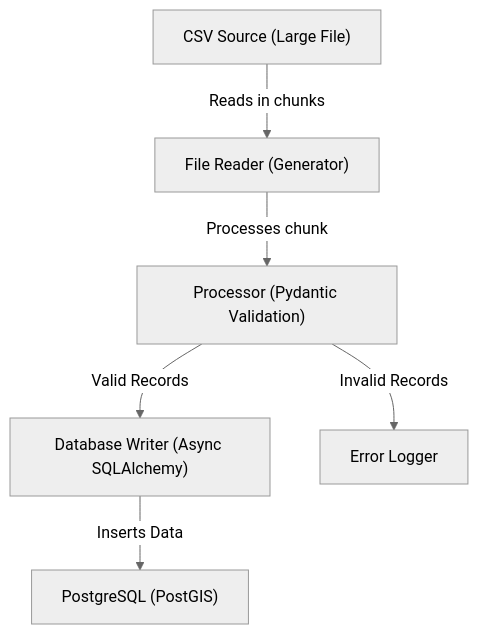
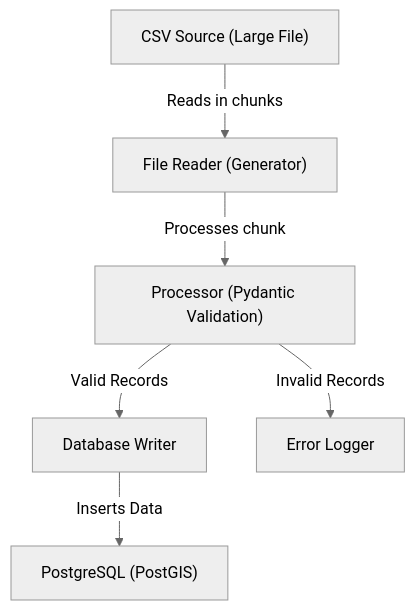
The diagram in README.md (alexmitelman/data-ingestion), drawn with Mermaid (neutral theme) before and after one commit.

Commit message:
Remove async mention for now

````diff
--- a/README.md
+++ b/README.md
@@ -31,9 +31,9 @@
 ```mermaid
 graph TD;
     A["CSV Source (Large File)"] -->|Reads in chunks| B["File Reader (Generator)"];
     B -->|Processes chunk| C["Processor (Pydantic Validation)"];
-    C -- Valid Records --> D["Database Writer (Async SQLAlchemy)"];
+    C -- Valid Records --> D["Database Writer"];
     C -- Invalid Records --> E["Error Logger"];
     
     D -->|Inserts Data| H["PostgreSQL (PostGIS)"];
 ```
````
